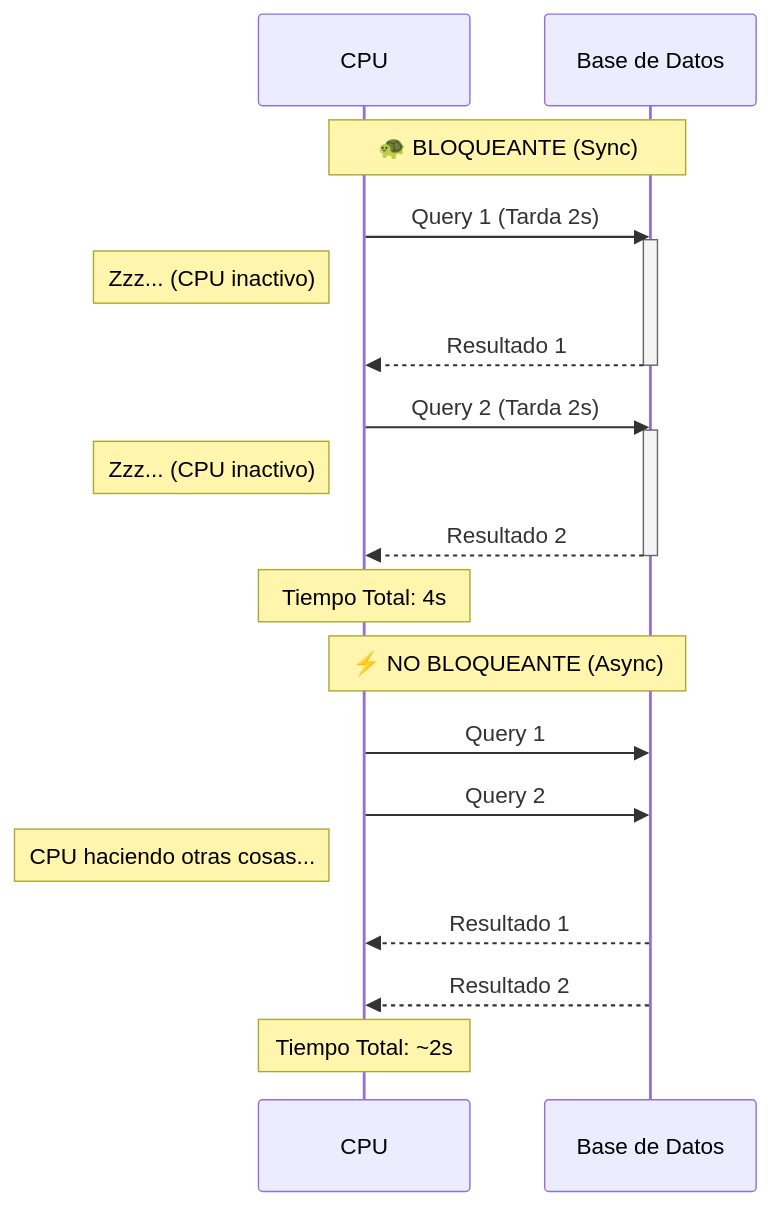
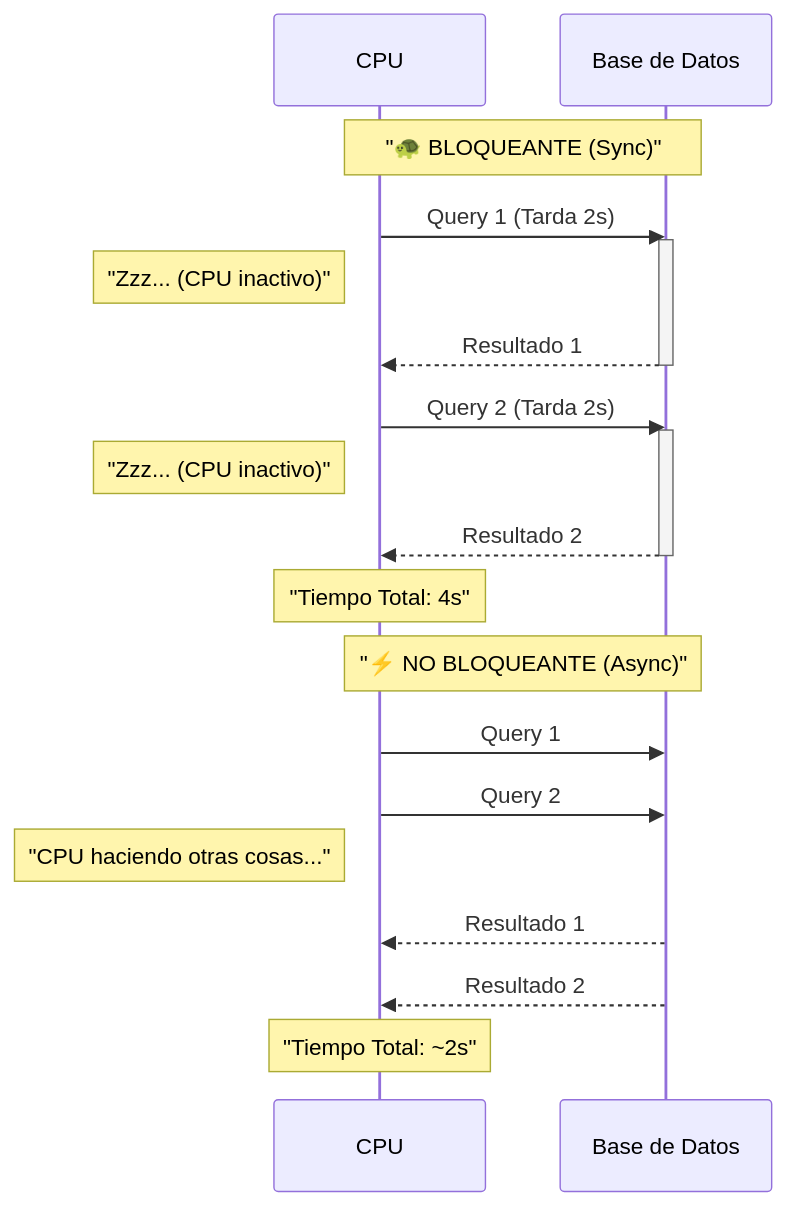
The diagram in 02_Python_Avanzado/01_Asincronismo/01_guia_asyncio.md (FelipeEstrellaPro/Learning-Python), drawn with Mermaid before and after one commit. The commit also changed 3 other files, not shown here.

Commit message:
Fix: Robust quoting for Mermaid diagrams in Errors and Profiling guides

````diff
--- a/02_Python_Avanzado/01_Asincronismo/01_guia_asyncio.md
+++ b/02_Python_Avanzado/01_Asincronismo/01_guia_asyncio.md
@@ -30,26 +30,26 @@
 ```mermaid
 sequenceDiagram
     participant CPU
     participant DB as Base de Datos
     
-    Note over CPU,DB: 🐢 BLOQUEANTE (Sync)
+    Note over CPU,DB: "🐢 BLOQUEANTE (Sync)"
     CPU->>DB: Query 1 (Tarda 2s)
     activate DB
-    Note left of CPU: Zzz... (CPU inactivo)
+    Note left of CPU: "Zzz... (CPU inactivo)"
     DB-->>CPU: Resultado 1
     deactivate DB
     CPU->>DB: Query 2 (Tarda 2s)
     activate DB
-    Note left of CPU: Zzz... (CPU inactivo)
+    Note left of CPU: "Zzz... (CPU inactivo)"
     DB-->>CPU: Resultado 2
     deactivate DB
-    Note over CPU: Tiempo Total: 4s
+    Note over CPU: "Tiempo Total: 4s"
     
-    Note over CPU,DB: ⚡ NO BLOQUEANTE (Async)
+    Note over CPU,DB: "⚡ NO BLOQUEANTE (Async)"
     CPU->>DB: Query 1
     CPU->>DB: Query 2
-    Note left of CPU: CPU haciendo otras cosas...
+    Note left of CPU: "CPU haciendo otras cosas..."
     DB-->>CPU: Resultado 1
     DB-->>CPU: Resultado 2
-    Note over CPU: Tiempo Total: ~2s
+    Note over CPU: "Tiempo Total: ~2s"
 ```
````
